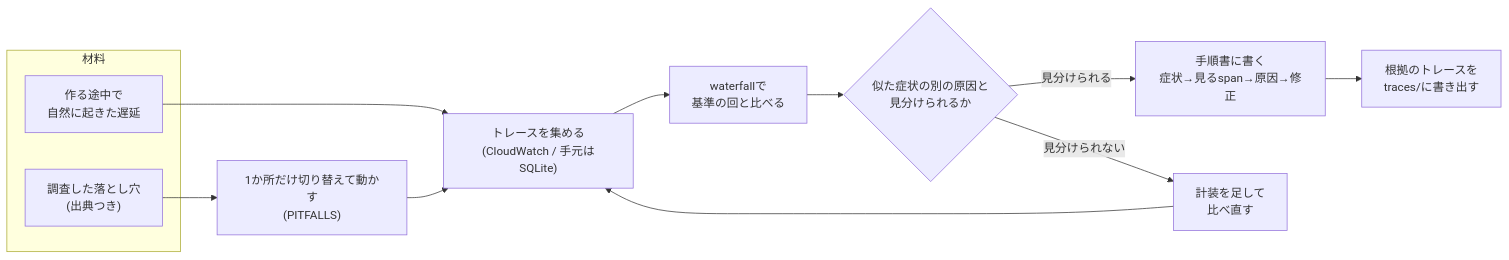
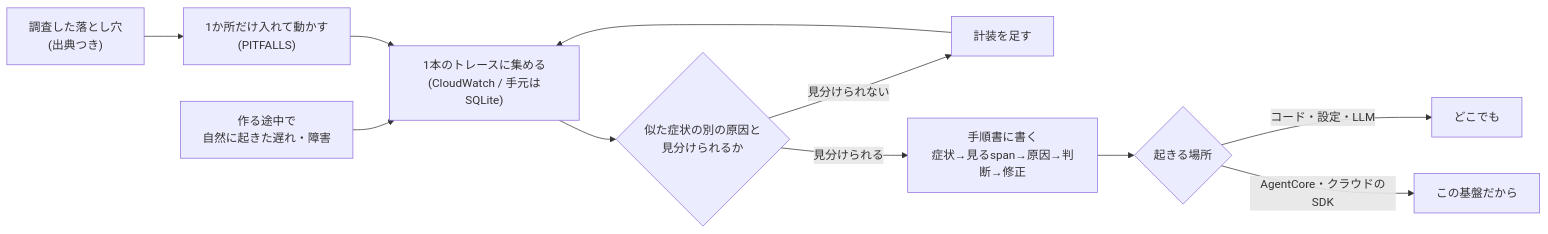
One commit to yuya0408/agent-latency-tracer changed the first of 2 diagrams in README.md. Above: the diagram before and after it, drawn with Mermaid. The commit also changed other lines of this file and 3 other files, not shown here.

````diff
--- a/README.md
+++ b/README.md
@@ -12,16 +11,13 @@
 ```mermaid
 flowchart LR
-  subgraph IN["材料"]
-    A["調査した落とし穴<br/>(出典つき)"]
-    B["作る途中で<br/>自然に起きた遅延"]
-  end
-  A --> C["1か所だけ切り替えて動かす<br/>(PITFALLS)"]
-  B --> D["トレースを集める<br/>(CloudWatch / 手元はSQLite)"]
-  C --> D
-  D --> E["waterfallで<br/>基準の回と比べる"]
-  E --> F{"似た症状の別の原因と<br/>見分けられるか"}
-  F -->|"見分けられる"| G["手順書に書く<br/>症状→見るspan→原因→修正"]
-  F -->|"見分けられない"| H["計装を足して<br/>比べ直す"]
-  H --> D
-  G --> I["根拠のトレースを<br/>traces/に書き出す"]
+  A["調査した落とし穴<br/>(出典つき)"] --> C["1か所だけ入れて動かす<br/>(PITFALLS)"]
+  B["作る途中で<br/>自然に起きた遅れ・障害"] --> D
+  C --> D["1本のトレースに集める<br/>(CloudWatch / 手元はSQLite)"]
+  D --> E{"似た症状の別の原因と<br/>見分けられるか"}
+  E -->|"見分けられない"| F["計装を足す"]
+  F --> D
+  E -->|"見分けられる"| G["手順書に書く<br/>症状→見るspan→原因→判断→修正"]
+  G --> H{"起きる場所"}
+  H -->|"コード・設定・LLM"| I["どこでも"]
+  H -->|"AgentCore・クラウドのSDK"| J["この基盤だから"]
 ```
````
